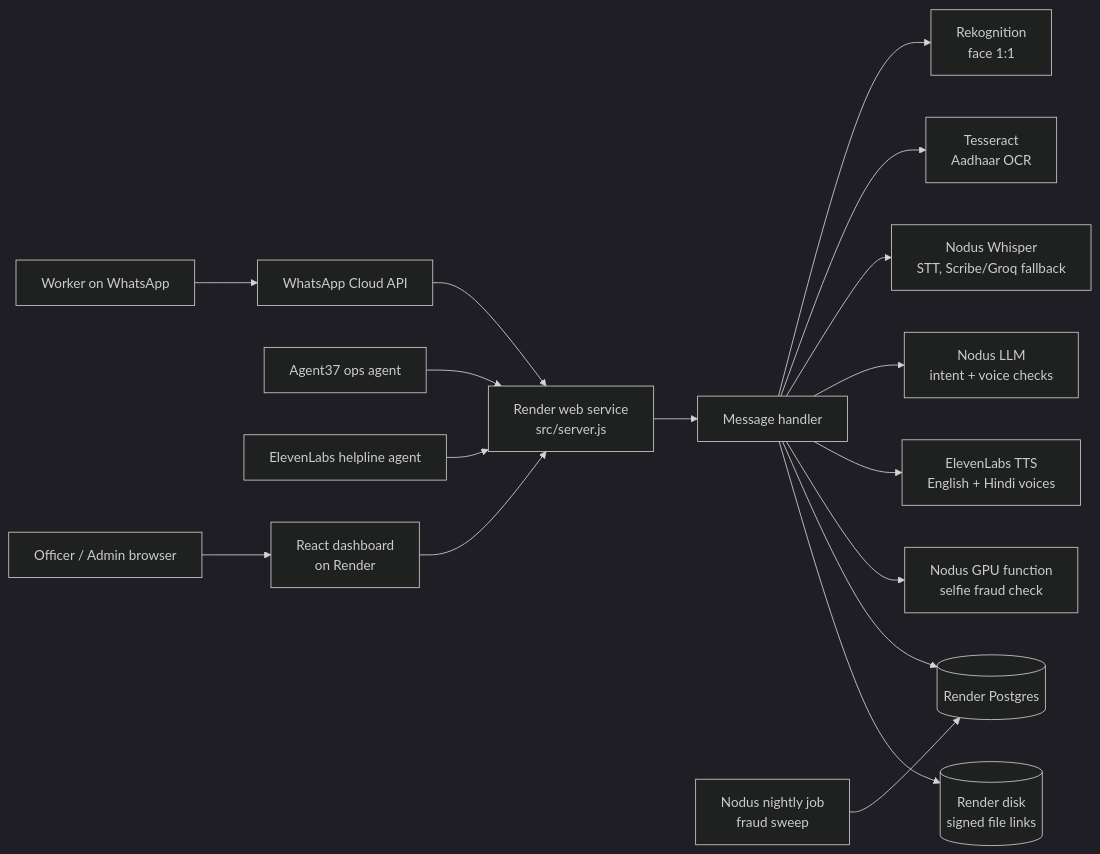
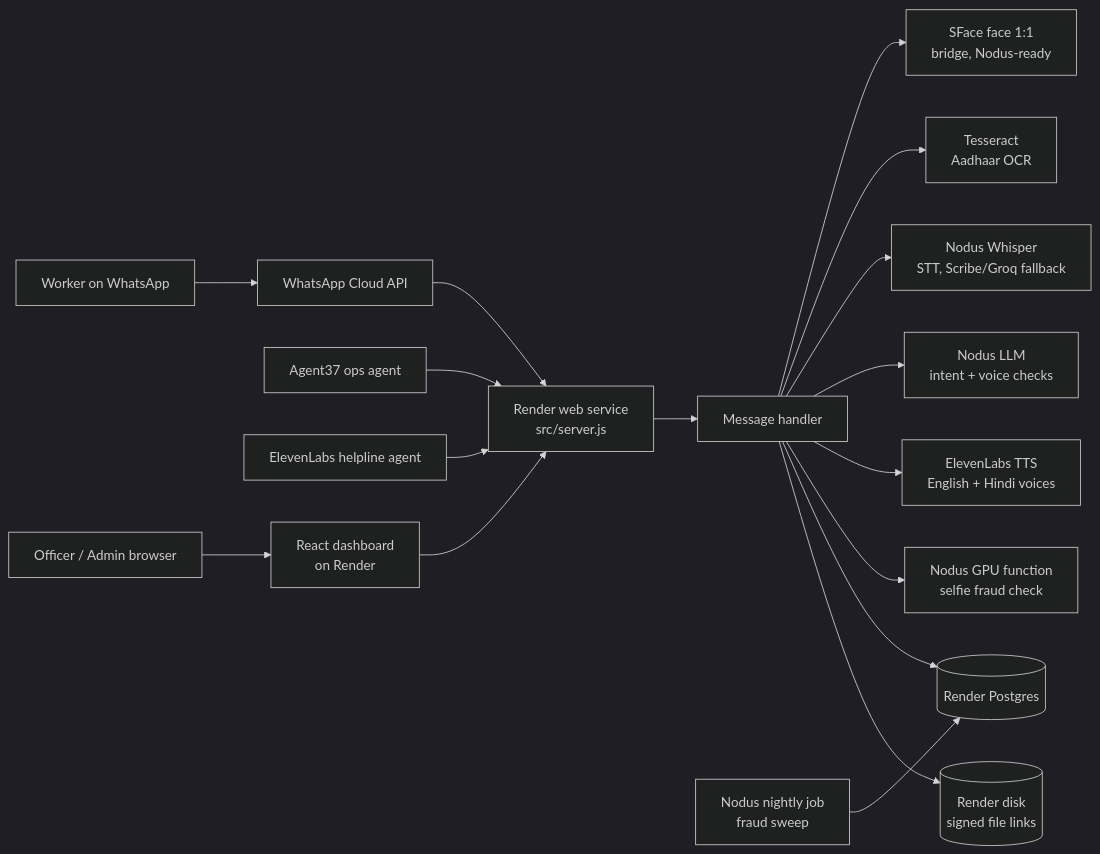
Before and after one commit to LowkeyShehz/Hackyard-Strawhats: the diagram in README.md, drawn with Mermaid (dark theme). The commit also changed other lines of this file and 2 other files, not shown here.

First line of the commit message:
chore(render): AWS-free Render setup and Nodus switch-over guide

````diff
--- a/README.md
+++ b/README.md
@@ -39,21 +40,21 @@
 ```mermaid
 flowchart LR
     W[Worker on WhatsApp] --> M[WhatsApp Cloud API]
     M --> G[Render web service<br/>src/server.js]
     G --> H[Message handler]
-    H --> R[Rekognition<br/>face 1:1]
+    H --> R[SFace face 1:1<br/>bridge, Nodus-ready]
     H --> T[Tesseract<br/>Aadhaar OCR]
     H --> S[Nodus Whisper<br/>STT, Scribe/Groq fallback]
     H --> L[Nodus LLM<br/>intent + voice checks]
     H --> P[ElevenLabs TTS<br/>English + Hindi voices]
     H --> F[Nodus GPU function<br/>selfie fraud check]
     J[Nodus nightly job<br/>fraud sweep] --> D
     AG[Agent37 ops agent] --> G
     EL[ElevenLabs helpline agent] --> G
     H --> D[(Render Postgres)]
     H --> B[(Render disk<br/>signed file links)]
     O[Officer / Admin browser] --> A[React dashboard<br/>on Render]
     A --> G
 
 
 ```
````
